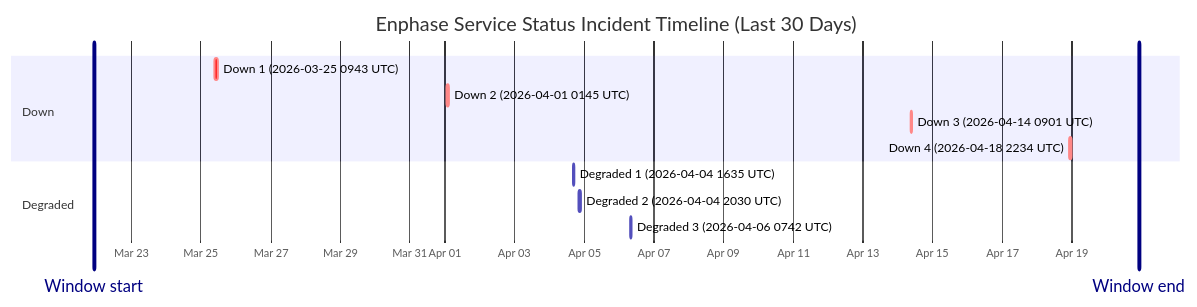
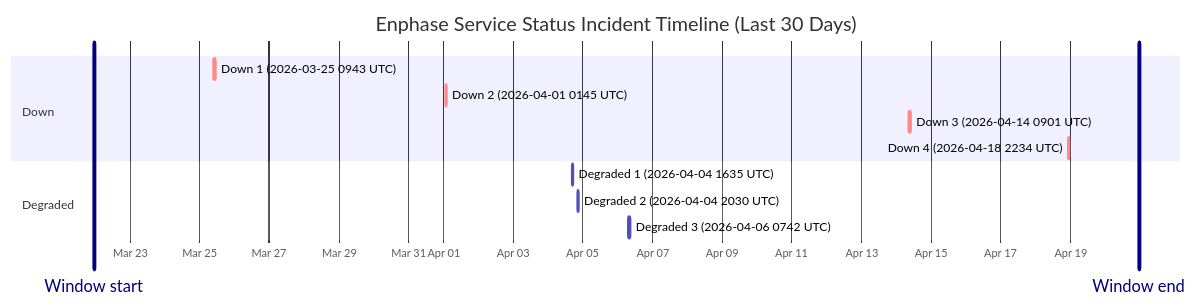
The diagram in wiki/Service-Status-History.md (barneyonline/ha-enphase-ev-charger), drawn with Mermaid before and after one commit. The commit also changed other lines of this file and 3 other files, not shown here.

````diff
--- a/wiki/Service-Status-History.md
+++ b/wiki/Service-Status-History.md
@@ -14,17 +14,17 @@
 ```mermaid
 gantt
     title Enphase Service Status Incident Timeline (Last 30 Days)
     dateFormat  YYYY-MM-DDTHH:mm:ss
     axisFormat  %b %d
-    Window start :vert, window-start, 2026-03-21T22:08:11, 0ms
-    Window end :vert, window-end, 2026-04-20T22:08:11, 0ms
+    Window start :vert, window-start, 2026-03-21T23:08:13, 0ms
+    Window end :vert, window-end, 2026-04-20T23:08:13, 0ms
     section Down
     Down 1 (2026-03-25 0943 UTC) :crit, down-1, 2026-03-25T09:43:28, 111m
     Down 2 (2026-04-01 0145 UTC) :crit, down-2, 2026-04-01T01:45:09, 60m
     Down 3 (2026-04-14 0901 UTC) :crit, down-3, 2026-04-14T09:01:13, 60m
     Down 4 (2026-04-18 2234 UTC) :crit, down-4, 2026-04-18T22:34:13, 60m
     section Degraded
     Degraded 1 (2026-04-04 1635 UTC) :active, degraded-1, 2026-04-04T16:35:17, 60m
     Degraded 2 (2026-04-04 2030 UTC) :active, degraded-2, 2026-04-04T20:30:40, 60m
     Degraded 3 (2026-04-06 0742 UTC) :active, degraded-3, 2026-04-06T07:42:09, 85m
 ```
````
